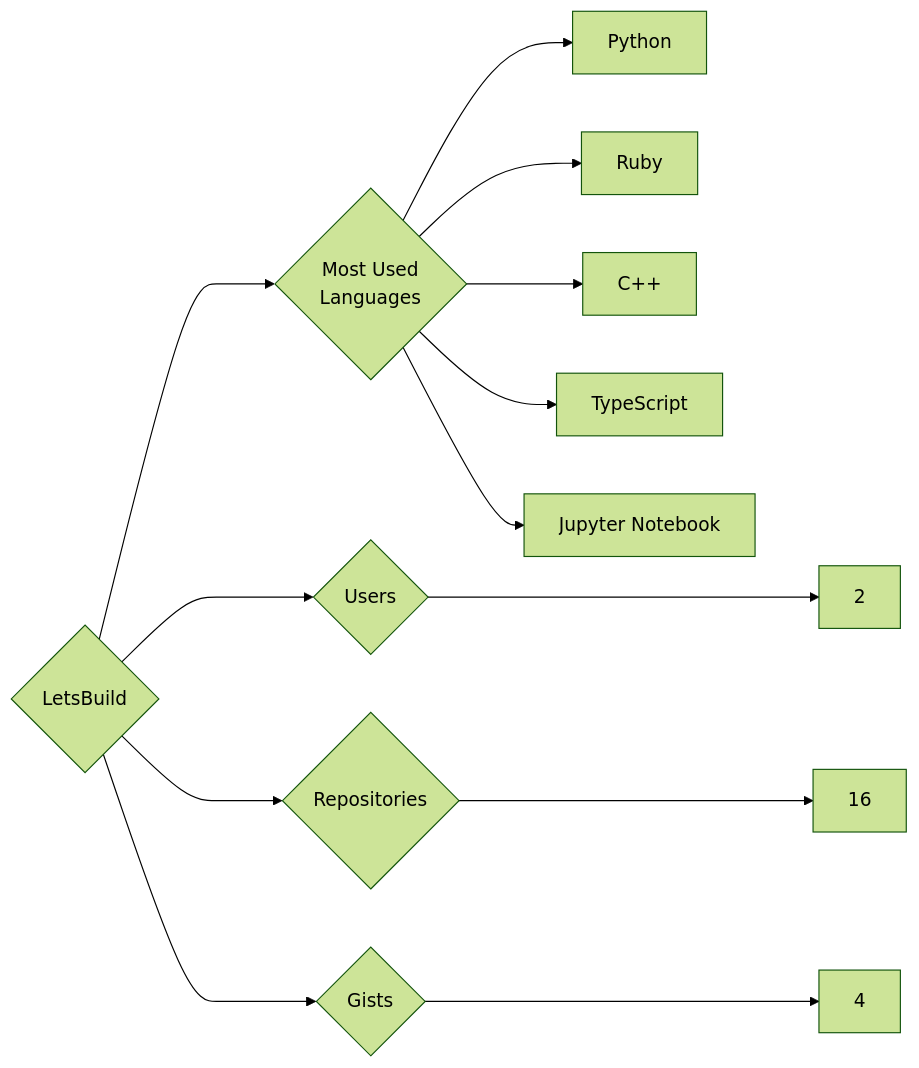
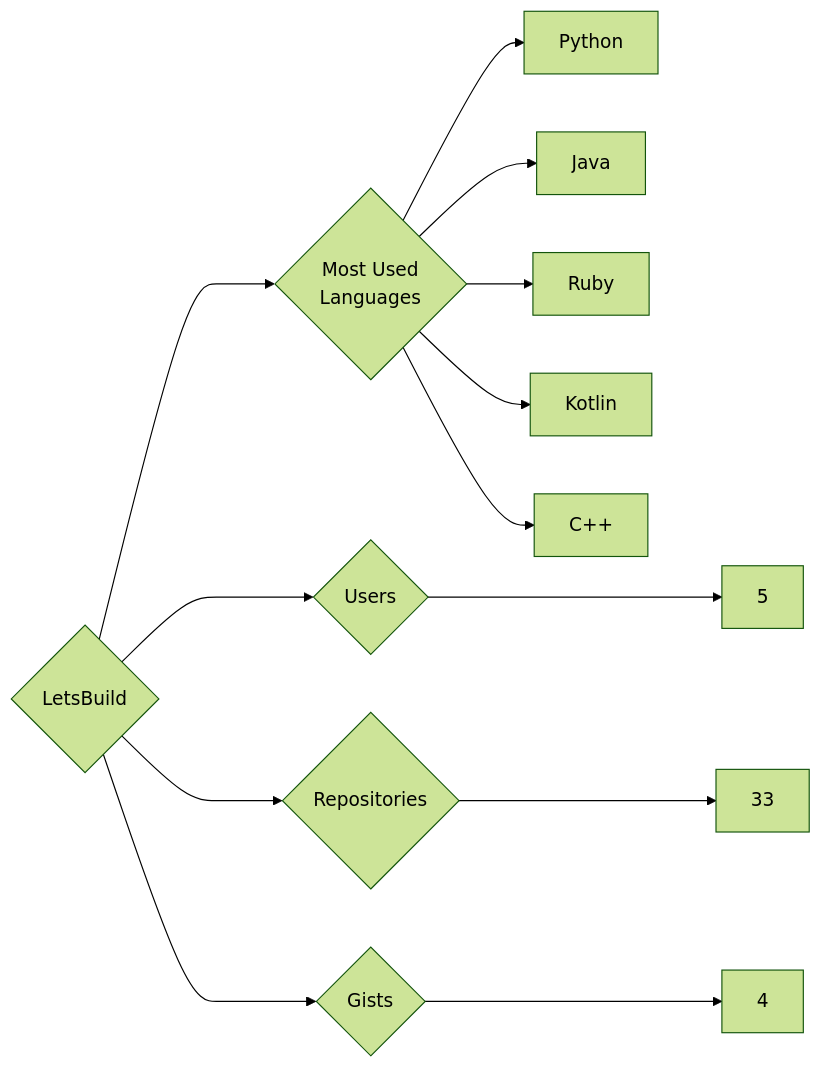
One commit to trickest/insiders changed the diagram in targets/LetsBuild/README.md. Above: the diagram before and after it, drawn with Mermaid (forest theme). The commit also changed 773 other files, not shown here.

````diff
--- a/targets/LetsBuild/README.md
+++ b/targets/LetsBuild/README.md
@@ -3,13 +3,13 @@
 ```mermaid
 graph LR
 COMPANY_NAME{LetsBuild}
-COMPANY_NAME ---> U{Users} ---> UN[2]
-COMPANY_NAME ---> R{Repositories} ---> RN[16]
+COMPANY_NAME ---> U{Users} ---> UN[5]
+COMPANY_NAME ---> R{Repositories} ---> RN[33]
 COMPANY_NAME ---> G{Gists} ---> GN[4]
 COMPANY_NAME ---> ML{Most Used<br>Languages}
 ML --> Python[Python]
+ML --> Java[Java]
 ML --> Ruby[Ruby]
+ML --> Kotlin[Kotlin]
 ML --> C++[C++]
-ML --> TypeScript[TypeScript]
-ML --> Jupyter_Notebook[Jupyter Notebook]
 ```
````
